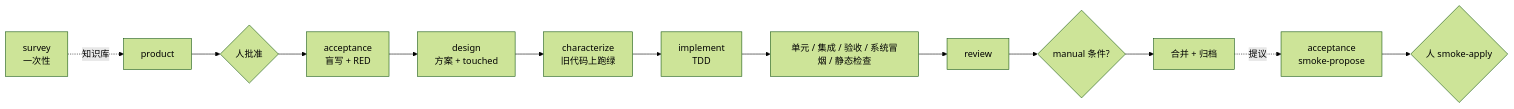
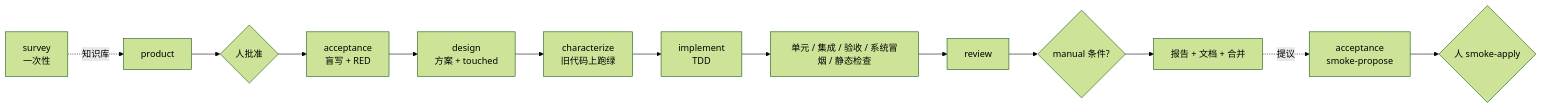
The diagram in docs/roles.md (jinlin725168-ai/storyloop), drawn with Mermaid (forest theme) before and after one commit. The commit also changed other lines of this file and 22 other files, not shown here.

````diff
--- a/docs/roles.md
+++ b/docs/roles.md
@@ -18,15 +18,15 @@
 ```mermaid
 flowchart LR
     S[survey<br/>一次性] -.知识库.-> P
     P[product] --> H1{人批准}
     H1 --> A[acceptance<br/>盲写 + RED]
     A --> D[design<br/>方案 + touched]
     D --> C[characterize<br/>旧代码上跑绿]
     C --> I[implement<br/>TDD]
     I --> V[单元 / 集成 / 验收 / 系统冒烟 / 静态检查]
     V --> R[review]
     R --> H2{manual 条件?}
-    H2 --> M[合并 + 归档]
+    H2 --> M[报告 + 文档 + 合并]
     M -.提议.-> A2[acceptance<br/>smoke-propose]
     A2 --> H3{人 smoke-apply}
 ```
````
